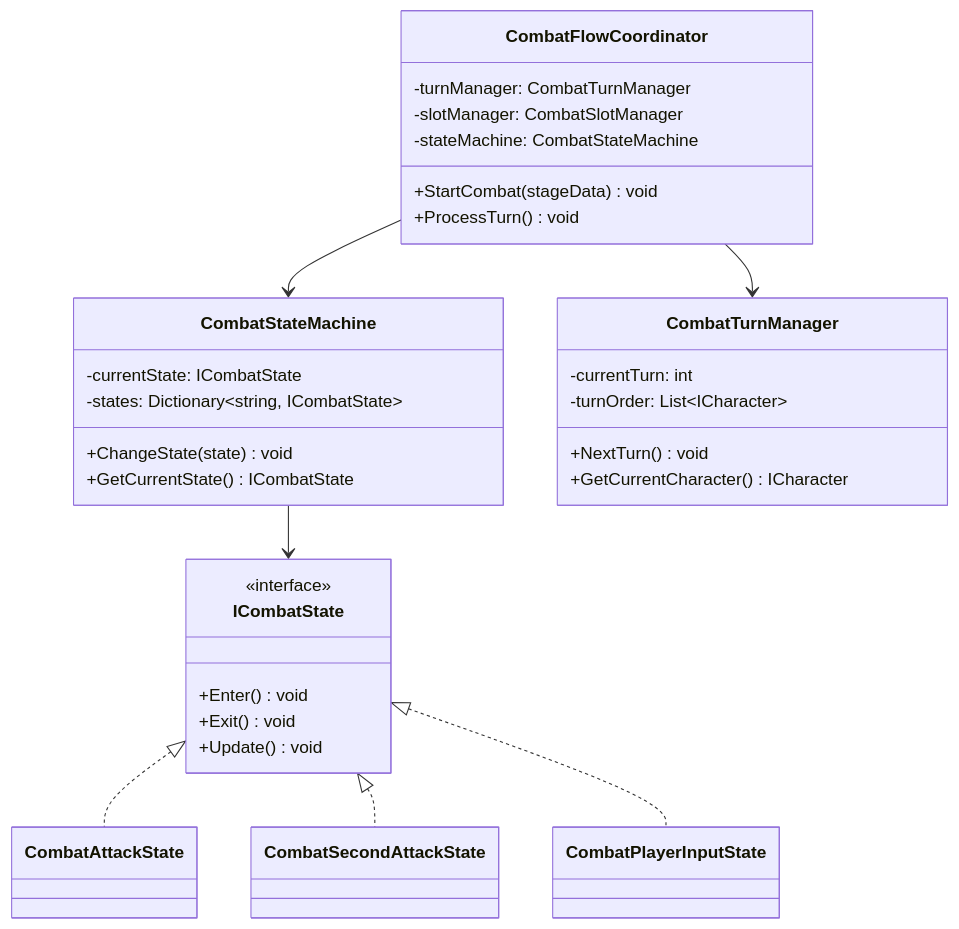
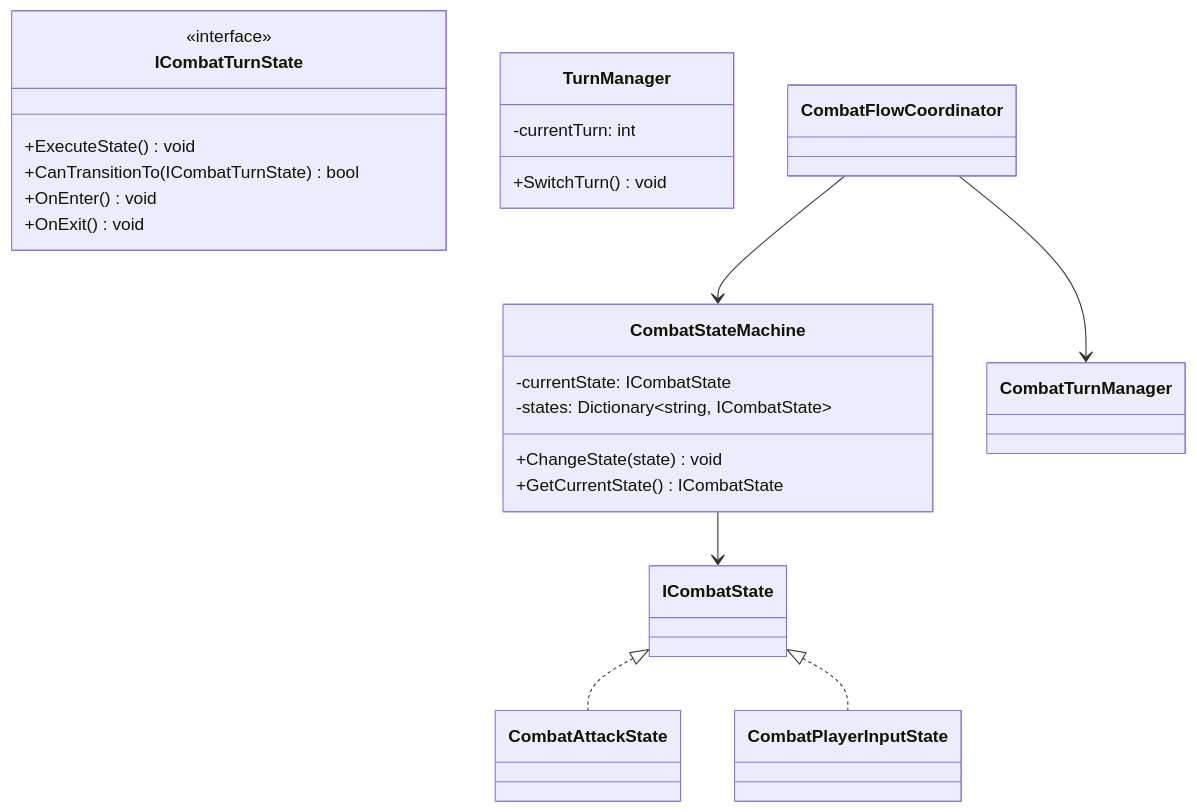
The second of 3 diagrams in Assets/Script/CombatSystem/CombatSystem_개발문서.md (rogue-school/RougeShool), drawn with Mermaid before and after one commit. The commit also changed other lines of this file and 23 other files, not shown here.

````diff
--- a/Assets/Script/CombatSystem/CombatSystem_개발문서.md
+++ b/Assets/Script/CombatSystem/CombatSystem_개발문서.md
@@ -553,38 +517,29 @@
 ```mermaid
 classDiagram
-    class ICombatState {
+    class ICombatTurnState {
         <<interface>>
-        +Enter() void
-        +Exit() void
-        +Update() void
+        +ExecuteState() void
+        +CanTransitionTo(ICombatTurnState) bool
+        +OnEnter() void
+        +OnExit() void
     }
     
     class CombatStateMachine {
         -currentState: ICombatState
         -states: Dictionary~string, ICombatState~
         +ChangeState(state) void
         +GetCurrentState() ICombatState
     }
     
-    class CombatFlowCoordinator {
-        -turnManager: CombatTurnManager
-        -slotManager: CombatSlotManager
-        -stateMachine: CombatStateMachine
-        +StartCombat(stageData) void
-        +ProcessTurn() void
-    }
-    
-    class CombatTurnManager {
+    class TurnManager {
         -currentTurn: int
-        -turnOrder: List~ICharacter~
-        +NextTurn() void
-        +GetCurrentCharacter() ICharacter
+        +SwitchTurn() void
     }
     
     ICombatState <|.. CombatAttackState
-    ICombatState <|.. CombatSecondAttackState
+    
     ICombatState <|.. CombatPlayerInputState
     CombatStateMachine --> ICombatState
     CombatFlowCoordinator --> CombatStateMachine
     CombatFlowCoordinator --> CombatTurnManager
 ```
````
